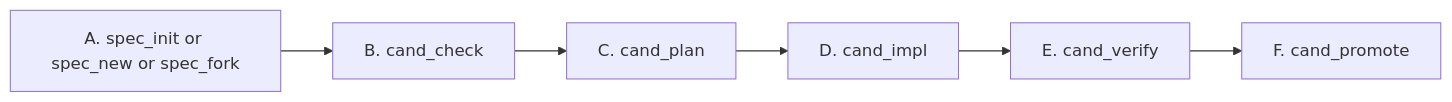
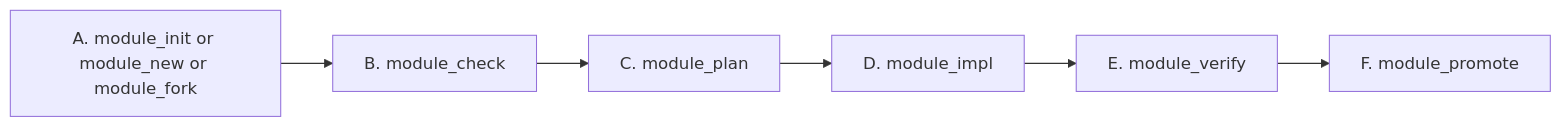
The fourth of 7 diagrams in README.md (Bingordinary/SpecFlow), drawn with Mermaid before and after one commit. The commit also changed other lines of this file and 48 other files, not shown here.

````diff
--- a/README.md
+++ b/README.md
@@ -418,8 +418,8 @@
 ```mermaid
 flowchart LR
-    A["A. spec_init or spec_new or spec_fork"] --> B["B. cand_check"]
-    B --> C["C. cand_plan"]
-    C --> D["D. cand_impl"]
-    D --> E["E. cand_verify"]
-    E --> F["F. cand_promote"]
+    A["A. module_init or module_new or module_fork"] --> B["B. module_check"]
+    B --> C["C. module_plan"]
+    C --> D["D. module_impl"]
+    D --> E["E. module_verify"]
+    E --> F["F. module_promote"]
 ```
````
